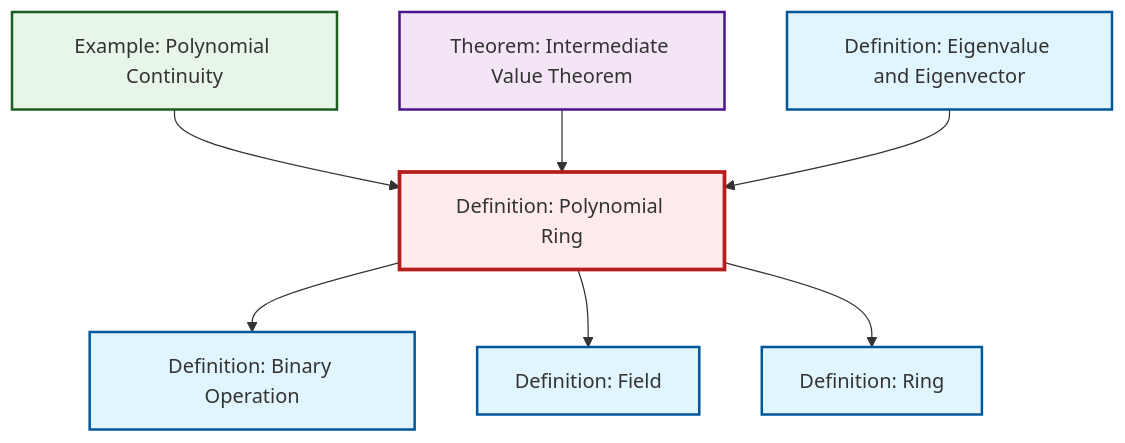
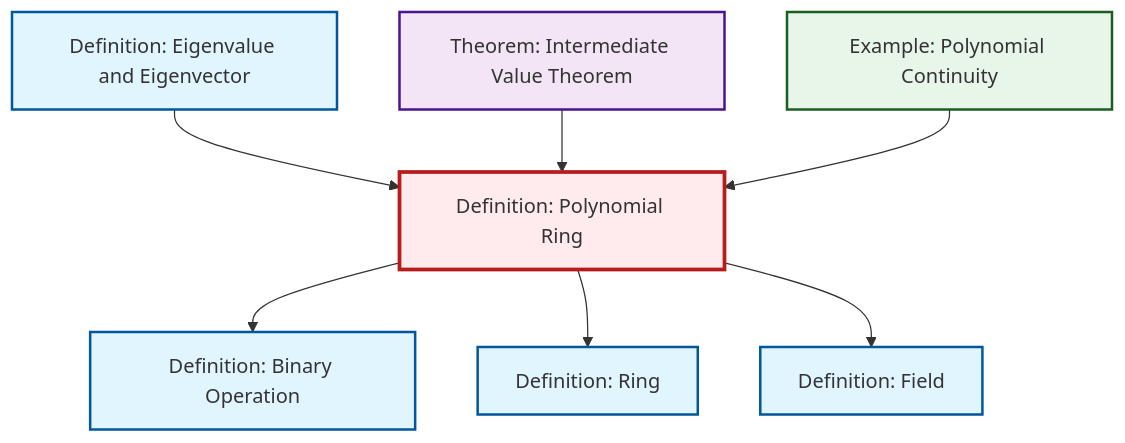
The diagram in content/en/algebra/def-polynomial-ring.qmd (RK0429/ModernMath), drawn with Mermaid before and after one commit. The commit also changed other lines of this file and 615 other files, not shown here.

````diff
--- a/content/en/algebra/def-polynomial-ring.qmd
+++ b/content/en/algebra/def-polynomial-ring.qmd
@@ -93,29 +93,29 @@
 ```{mermaid}
 %%| fig-cap: "Local dependency graph"
 graph TD
     classDef definition fill:#e1f5fe,stroke:#01579b,stroke-width:2px
     classDef theorem fill:#f3e5f5,stroke:#4a148c,stroke-width:2px
     classDef axiom fill:#fff3e0,stroke:#e65100,stroke-width:2px
     classDef example fill:#e8f5e9,stroke:#1b5e20,stroke-width:2px
     classDef current fill:#ffebee,stroke:#b71c1c,stroke-width:3px
+    def-polynomial-ring["Definition: Polynomial Ring"]:::definition
+    thm-intermediate-value["Theorem: Intermediate Value Theorem"]:::theorem
+    def-binary-operation["Definition: Binary Operation"]:::definition
+    def-field["Definition: Field"]:::definition
     ex-polynomial-continuity["Example: Polynomial Continuity"]:::example
-    def-field["Definition: Field"]:::definition
-    def-polynomial-ring["Definition: Polynomial Ring"]:::definition
     def-ring["Definition: Ring"]:::definition
-    thm-intermediate-value["Theorem: Intermediate Value Theorem"]:::theorem
     def-eigenvalue-eigenvector["Definition: Eigenvalue and Eigenvector"]:::definition
-    def-binary-operation["Definition: Binary Operation"]:::definition
+    def-eigenvalue-eigenvector --> def-polynomial-ring
     def-polynomial-ring --> def-binary-operation
+    thm-intermediate-value --> def-polynomial-ring
+    def-polynomial-ring --> def-ring
+    def-polynomial-ring --> def-field
     ex-polynomial-continuity --> def-polynomial-ring
-    def-polynomial-ring --> def-field
-    thm-intermediate-value --> def-polynomial-ring
-    def-eigenvalue-eigenvector --> def-polynomial-ring
-    def-polynomial-ring --> def-ring
     class def-polynomial-ring current
+    click thm-intermediate-value "thm-intermediate-value.html" "Go to Intermediate Value Theorem theorem"
+    click def-binary-operation "def-binary-operation.html" "Go to Binary Operation definition"
+    click def-field "def-field.html" "Go to Field definition"
     click ex-polynomial-continuity "ex-polynomial-continuity.html" "Go to Polynomial Continuity example"
-    click def-field "def-field.html" "Go to Field definition"
     click def-ring "def-ring.html" "Go to Ring definition"
-    click thm-intermediate-value "thm-intermediate-value.html" "Go to Intermediate Value Theorem theorem"
     click def-eigenvalue-eigenvector "def-eigenvalue-eigenvector.html" "Go to Eigenvalue and Eigenvector definition"
-    click def-binary-operation "def-binary-operation.html" "Go to Binary Operation definition"
 ```
````
